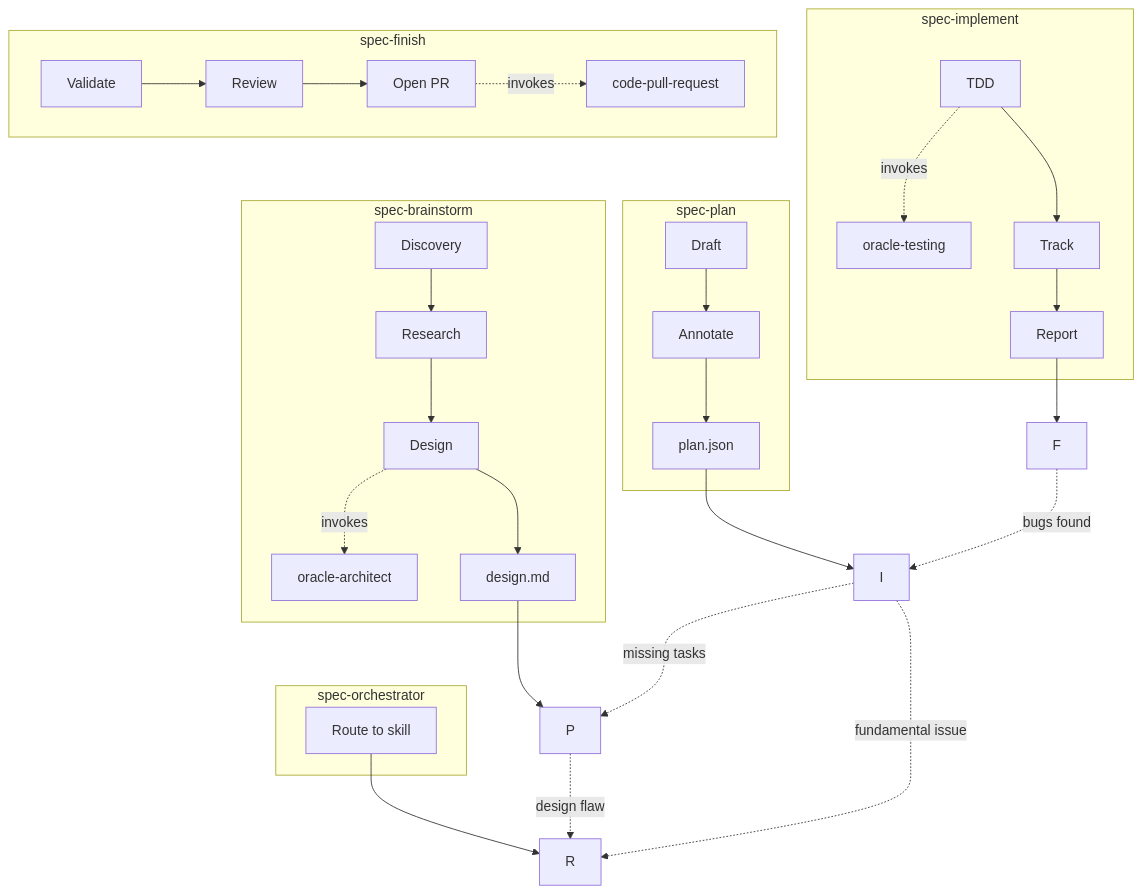
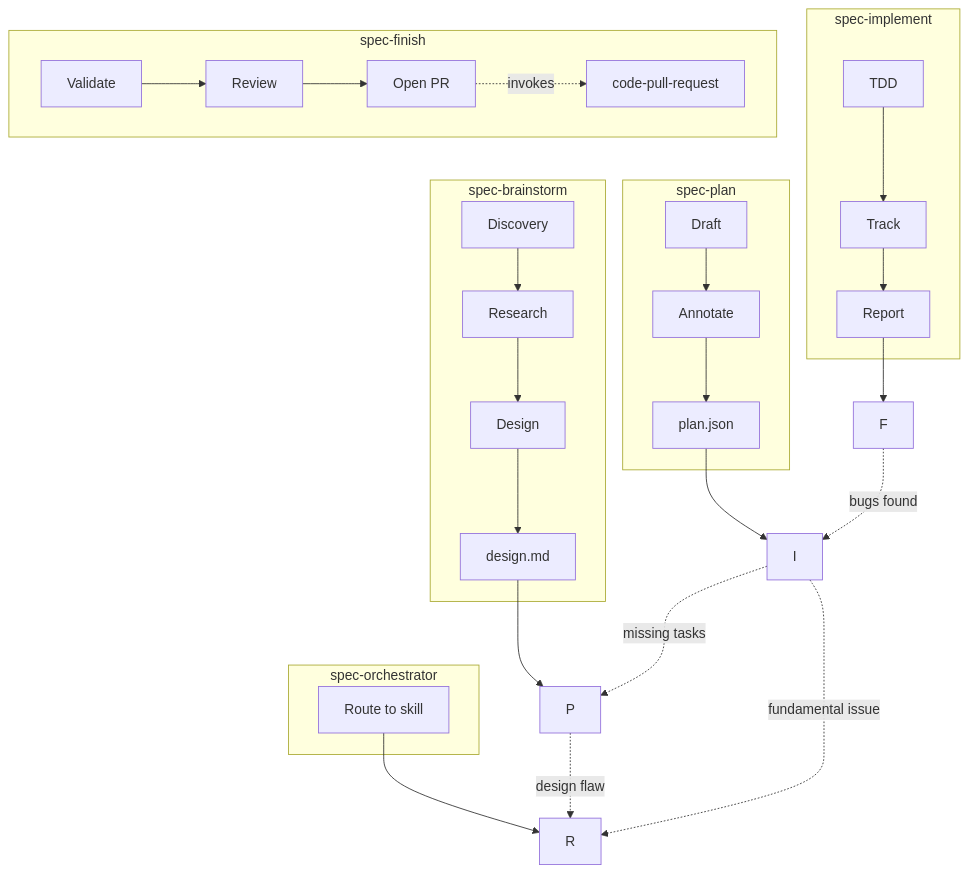
One commit to martinffx/atelier changed the diagram in AGENTS.md. Above: the diagram before and after it, drawn with Mermaid. The commit also changed other lines of this file and 38 other files, not shown here.

````diff
--- a/AGENTS.md
+++ b/AGENTS.md
@@ -75,43 +75,41 @@
 ```mermaid
 graph TB
     subgraph "spec-orchestrator"
         O[Route to skill]
     end
     
     O --> R
     
     subgraph "spec-brainstorm"
         R1[Discovery] --> R2[Research]
         R2 --> R3[Design]
-        R3 -.->|invokes| A1[oracle-architect]
         R3 --> R4[design.md]
     end
     
     R4 --> P
     
     subgraph "spec-plan"
         P1[Draft] --> P2[Annotate]
         P2 --> P3[plan.json]
     end
     
     P3 --> I
     
     subgraph "spec-implement"
-        I1[TDD] -.->|invokes| T1[oracle-testing]
-        I1 --> I2[Track]
+        I1[TDD] --> I2[Track]
         I2 --> I3[Report]
     end
     
     I3 --> F
     
     subgraph "spec-finish"
         F1[Validate] --> F2[Review]
         F2 --> F3[Open PR]
         F3 -.->|invokes| U1[code-pull-request]
     end
     
     P -.->|design flaw| R
     I -.->|missing tasks| P
     I -.->|fundamental issue| R
     F -.->|bugs found| I
 ```
````
